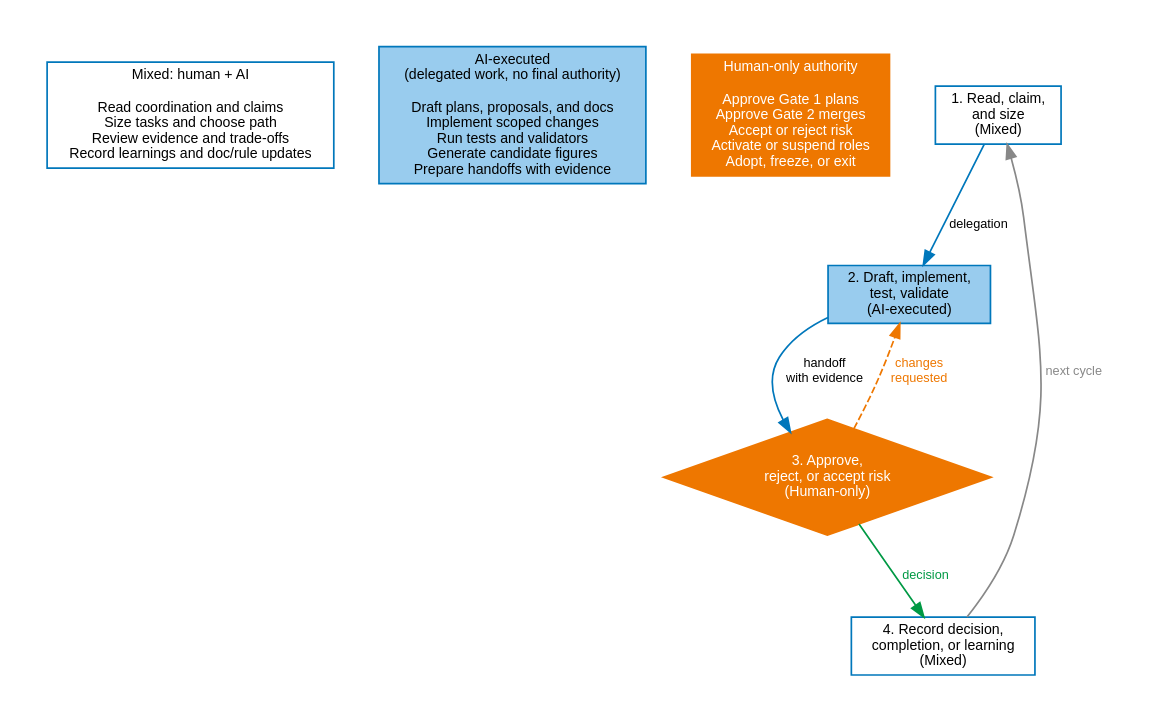
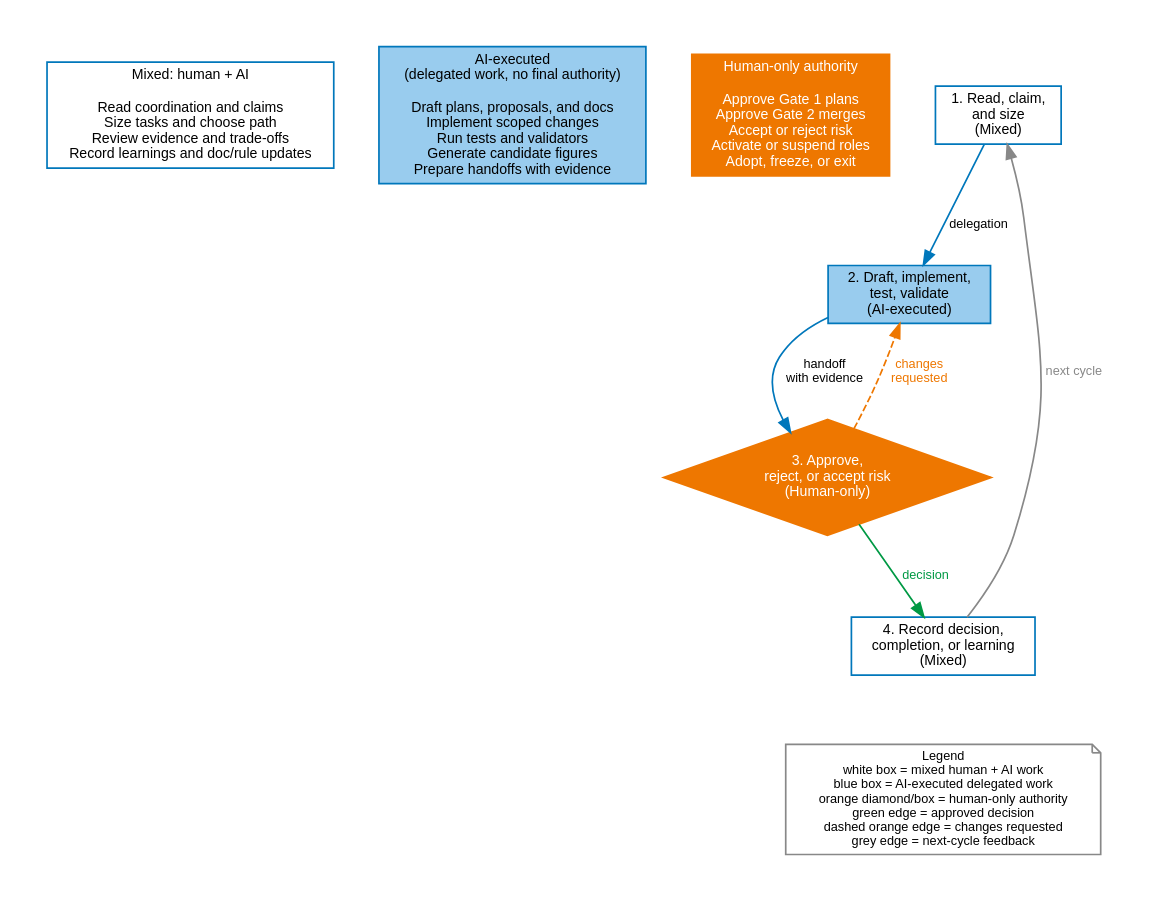
The diagram in agf/docs/figures/src/operating-responsibility-map.dot (janipaijanen/agf-mirror), drawn with Graphviz before and after one commit. The commit also changed 23 other files, not shown here.

```diff
--- a/agf/docs/figures/src/operating-responsibility-map.dot
+++ b/agf/docs/figures/src/operating-responsibility-map.dot
@@ -1,37 +1,41 @@
 // SPDX-License-Identifier: CC-BY-SA-4.0
 // agents-govern: day-to-day responsibility modes
 // Generate: dot -Tsvg operating-responsibility-map.dot -o ../operating-responsibility-map.svg
 digraph operating_responsibility_map {
     graph [rankdir=TB, splines=spline, pad=0.35, nodesep=0.45, ranksep=0.65,
            fontname="Helvetica", fontsize=11, compound=true]
     node  [fontname="Helvetica", fontsize=10, style=filled, shape=box,
            fillcolor=white, color="#0077BB", penwidth=1.2]
     edge  [fontname="Helvetica", fontsize=9, color="#0077BB", penwidth=1.2]
 
     mixed_items [label="Mixed: human + AI\n\nRead coordination and claims\nSize tasks and choose path\nReview evidence and trade-offs\nRecord learnings and doc/rule updates",
                  fillcolor=white]
     ai_items [label="AI-executed\n(delegated work, no final authority)\n\nDraft plans, proposals, and docs\nImplement scoped changes\nRun tests and validators\nGenerate candidate figures\nPrepare handoffs with evidence",
               fillcolor="#99CCEE"]
     human_items [label="Human-only authority\n\nApprove Gate 1 plans\nApprove Gate 2 merges\nAccept or reject risk\nActivate or suspend roles\nAdopt, freeze, or exit",
                  fillcolor="#EE7700", fontcolor=white, color="#EE7700"]
 
     { rank=same; mixed_items; ai_items; human_items }
 
     read    [label="1. Read, claim,\nand size\n(Mixed)", fillcolor=white]
     execute [label="2. Draft, implement,\ntest, validate\n(AI-executed)",
              fillcolor="#99CCEE"]
     decide  [label="3. Approve,\nreject, or accept risk\n(Human-only)",
              shape=diamond, fillcolor="#EE7700", fontcolor=white,
              color="#EE7700"]
     record  [label="4. Record decision,\ncompletion, or learning\n(Mixed)",
              fillcolor=white]
 
     read -> execute [label="delegation"]
     execute -> decide [label="handoff\nwith evidence"]
     decide -> execute [label="changes\nrequested", style=dashed,
                        color="#EE7700", fontcolor="#EE7700"]
     decide -> record [label="decision", color="#009944",
                       fontcolor="#009944"]
     record -> read [label="next cycle", color="#888888",
                     fontcolor="#888888"]
+
+    legend [label="Legend\nwhite box = mixed human + AI work\nblue box = AI-executed delegated work\norange diamond/box = human-only authority\ngreen edge = approved decision\ndashed orange edge = changes requested\ngrey edge = next-cycle feedback",
+            shape=note, fillcolor=white, color="#888888", fontsize=9]
+    record -> legend [style=invis]
 }
```
